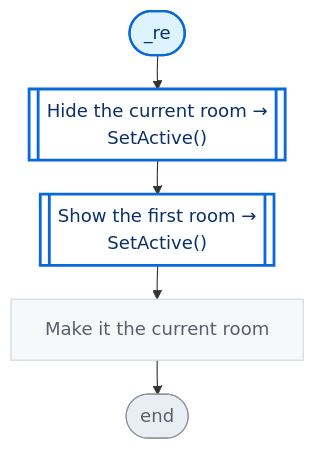
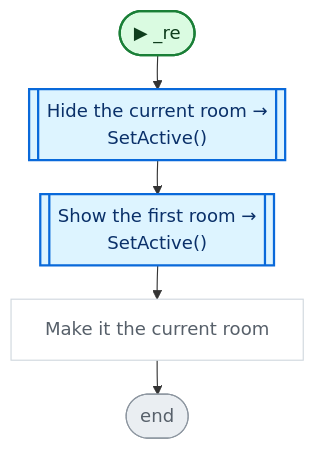
Before and after one commit to nataiai/Lord-of-the-Dungeon: the sixth of 7 diagrams in CodeGraph~/graph/GameManager.cs.md, drawn with Mermaid. The commit also changed other lines of this file and 44 other files, not shown here.

````diff
--- a/CodeGraph~/graph/GameManager.cs.md
+++ b/CodeGraph~/graph/GameManager.cs.md
@@ -309,33 +342,37 @@
 ```mermaid
 ---
 config:
   flowchart:
     wrappingWidth: 260
     nodeSpacing: 26
     rankSpacing: 30
 ---
 flowchart TD
-  nS(["_re"])
+  nS(["▶ _re"])
   ncb80a4[["Hide the current room →<br>SetActive()"]]
   n69c3da[["Show the first room →<br>SetActive()"]]
   ncd1439["Make it the current room"]
   nE(["end"])
   nS --> ncb80a4
   ncb80a4 --> n69c3da
   n69c3da --> ncd1439
   ncd1439 --> nE
-  classDef unity fill:#fff1c2,stroke:#9a6700,stroke-width:2px,color:#3b2300
-  classDef start fill:#ddf4ff,stroke:#0969da,stroke-width:2px,color:#0a3069
-  classDef calc fill:#f6f8fa,stroke:#d0d7de,color:#57606a
-  classDef calls fill:#ffffff,stroke:#0969da,stroke-width:2.5px,color:#0a3069
-  classDef cond fill:#ffffff,stroke:#6e7781,stroke-width:1.5px,color:#1f2328
-  classDef loop fill:#fbefff,stroke:#8250df,color:#3e1f79
-  classDef exit fill:#eaeef2,stroke:#57606a,color:#24292f
-  classDef wait fill:#fff8f0,stroke:#bc4c00,color:#4d1d00
+  classDef unity fill:#dafbe1,stroke:#1a7f37,stroke-width:2px,color:#0f3d1d
+  classDef start fill:#dafbe1,stroke:#1a7f37,stroke-width:2px,color:#0f3d1d
+  classDef calc fill:#ffffff,stroke:#d0d7de,color:#57606a
+  classDef calls fill:#ddf4ff,stroke:#0969da,stroke-width:2px,color:#0a3069
+  classDef ext fill:#ddf4ff,stroke:#0969da,stroke-width:2px,stroke-dasharray:5 3,color:#0a3069
+  classDef cond fill:#fff8c5,stroke:#bf8700,stroke-width:1.5px,color:#3d2a00
+  classDef loop fill:#f6f8fa,stroke:#57606a,color:#1f2328
+  classDef exit fill:#ffebe9,stroke:#cf222e,color:#82071e
+  classDef kill fill:#ffebe9,stroke:#cf222e,stroke-width:2px,color:#82071e
+  classDef spawn fill:#dafbe1,stroke:#1a7f37,stroke-width:2px,color:#0f3d1d
+  classDef wait fill:#fff1e5,stroke:#bc4c00,color:#4d1d00
   classDef fin fill:#eaeef2,stroke:#8c959f,color:#57606a
   classDef join fill:#d0d7de,stroke:#8c959f,color:#57606a
+  classDef ghdr fill:#f5f9ff,stroke:#f5f9ff,color:#0a3069,font-weight:bold
   class ncd1439 calc
   class ncb80a4,n69c3da calls
   class nE fin
   class nS start
 ```
````
